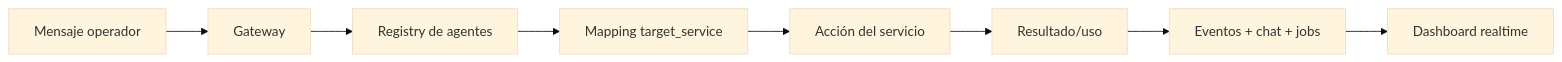
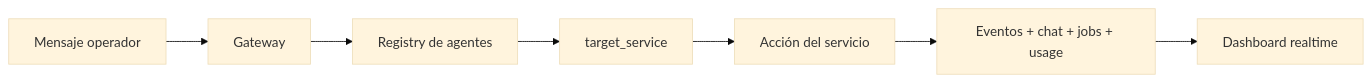
The second of 2 diagrams in README.es.md (guillermovzq/alchemical-agent-ecosystem), drawn with Mermaid (base theme) before and after one commit. The commit also changed other lines of this file and 3 other files, not shown here.

````diff
--- a/README.es.md
+++ b/README.es.md
@@ -68,10 +87,9 @@
 ```mermaid
 flowchart LR
   IN[Mensaje operador] --> GW[Gateway]
   GW --> REG[Registry de agentes]
-  REG --> MAP[Mapping target_service]
+  REG --> MAP[target_service]
   MAP --> EXEC[Acción del servicio]
-  EXEC --> OUT[Resultado/uso]
-  OUT --> STORE[Eventos + chat + jobs]
+  EXEC --> STORE[Eventos + chat + jobs + usage]
   STORE --> UI[Dashboard realtime]
 ```
````
